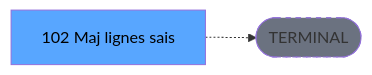
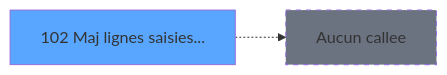
One commit to thonyAGP/lecteur-magic changed the third of 3 diagrams in .openspec/specs/ADH-IDE-102.md. Above: the diagram before and after it, drawn with Mermaid. The commit also changed other lines of this file and 96 other files, not shown here.

````diff
--- a/.openspec/specs/ADH-IDE-102.md
+++ b/.openspec/specs/ADH-IDE-102.md
@@ -137,8 +216,8 @@
 ```mermaid
 graph LR
-    T[102 Maj lignes sais]
-    TERM([TERMINAL])
-    T -.-> TERM
-    style TERM fill:#6b7280,stroke-dasharray: 5 5
-    style T fill:#58a6ff,color:#000
+    T102[102 Maj lignes saisies...]
+    style T102 fill:#58a6ff
+    NONE[Aucun callee]
+    T102 -.-> NONE
+    style NONE fill:#6b7280,stroke-dasharray: 5 5
 ```
````
